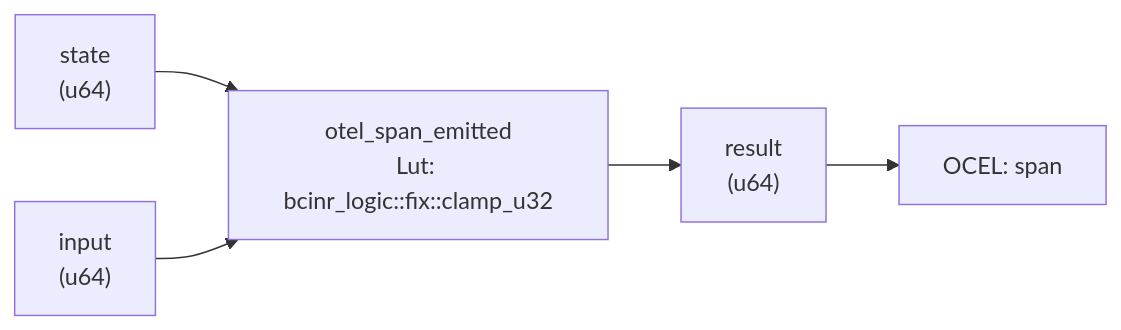
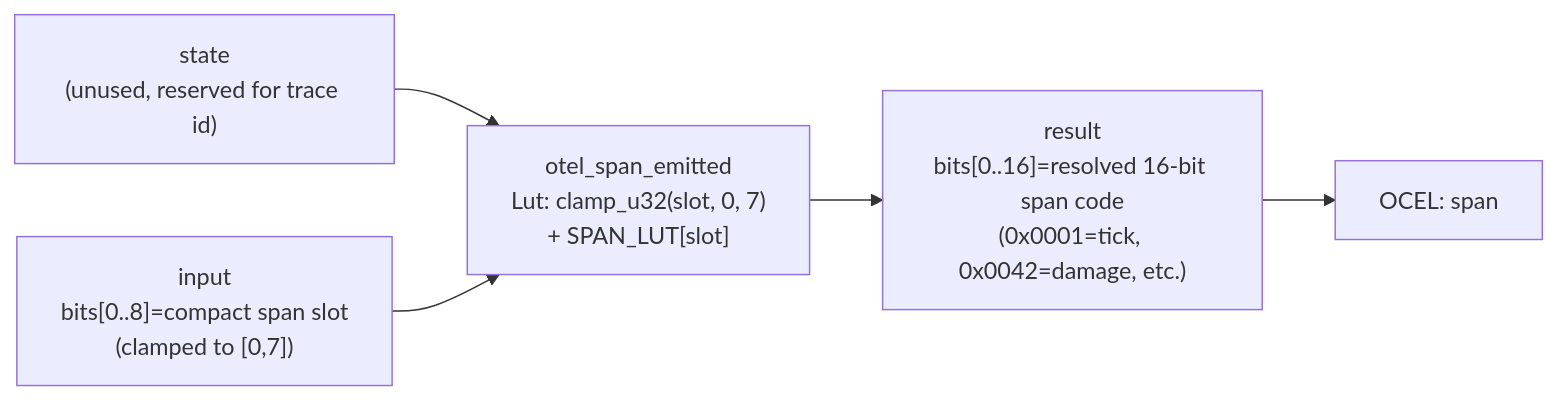
One commit to seanchatmangpt/bcinr changed the diagram in crates/wasm4games/docs/patterns/otel_span_emitted.md. Above: the diagram before and after it, drawn with Mermaid. The commit also changed other lines of this file and 36 other files, not shown here.

````diff
--- a/crates/wasm4games/docs/patterns/otel_span_emitted.md
+++ b/crates/wasm4games/docs/patterns/otel_span_emitted.md
@@ -56,12 +42,12 @@
 ```mermaid
 graph LR
-    state["state\n(u64)"]
-    input["input\n(u64)"]
-    kernel["otel_span_emitted\nLut: bcinr_logic::fix::clamp_u32"]
-    result["result\n(u64)"]
+    state["state\n(unused, reserved for trace id)"]
+    input["input\nbits[0..8]=compact span slot\n(clamped to [0,7])"]
+    kernel["otel_span_emitted\nLut: clamp_u32(slot, 0, 7)\n+ SPAN_LUT[slot]"]
+    result["result\nbits[0..16]=resolved 16-bit span code\n(0x0001=tick, 0x0042=damage, etc.)"]
     state --> kernel
     input --> kernel
     kernel --> result
     ocel_0["OCEL: span"]
     result --> ocel_0
 ```
````
